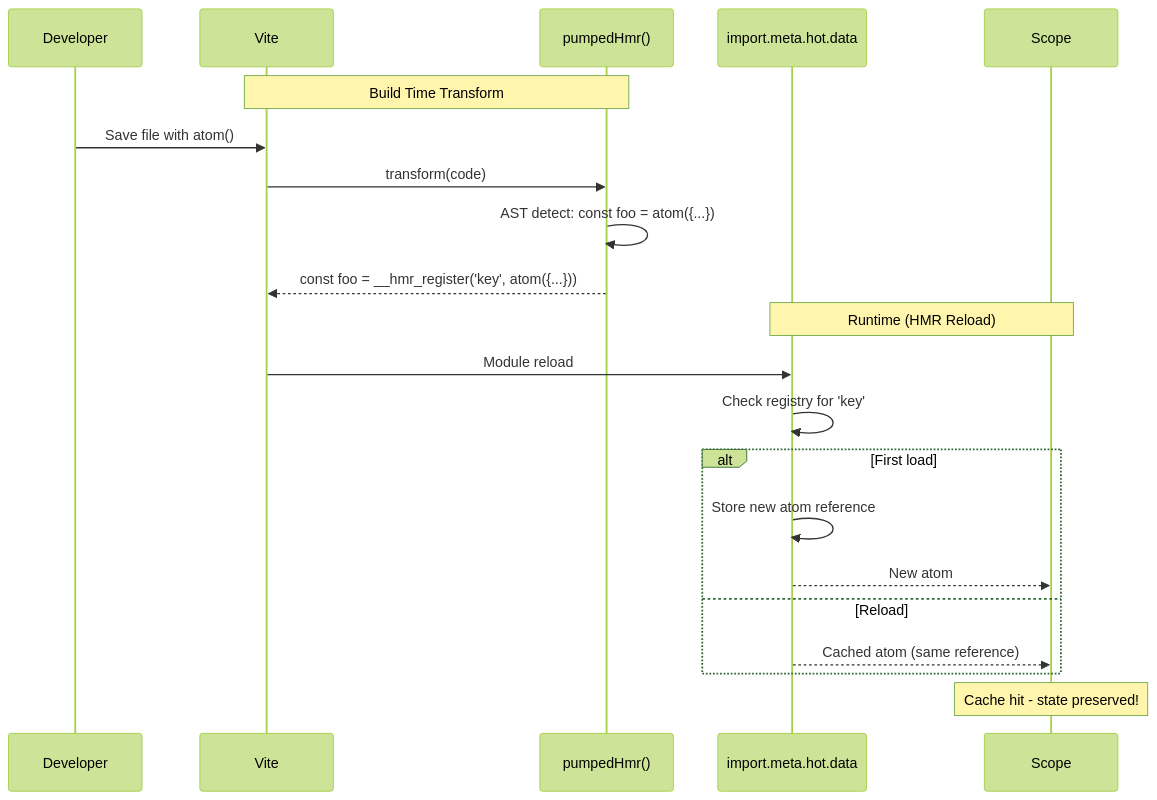
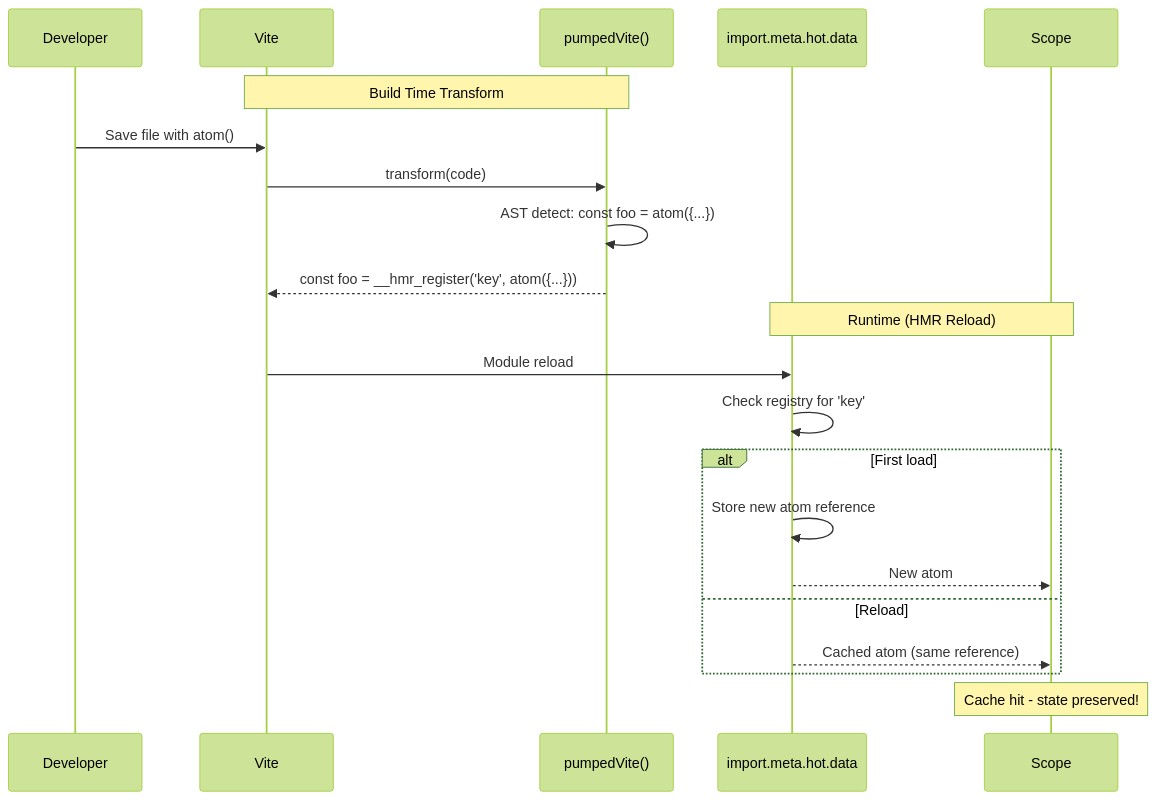
The diagram in pkg/ext/hmr/README.md (pumped-fn/pumped-fn), drawn with Mermaid (forest theme) before and after one commit. The commit also changed other lines of this file and 25 other files, not shown here.

Commit message:
Add Vite graph metadata and Start boundary guard

````diff
--- a/pkg/ext/hmr/README.md
+++ b/pkg/ext/hmr/README.md
@@ -9,28 +9,28 @@
 ```mermaid
 sequenceDiagram
     participant Dev as Developer
     participant Vite
-    participant Plugin as pumpedHmr()
+    participant Plugin as pumpedVite()
     participant HMR as import.meta.hot.data
     participant Scope
 
     Note over Vite,Plugin: Build Time Transform
 
     Dev->>Vite: Save file with atom()
     Vite->>Plugin: transform(code)
     Plugin->>Plugin: AST detect: const foo = atom({...})
     Plugin-->>Vite: const foo = __hmr_register('key', atom({...}))
 
     Note over HMR,Scope: Runtime (HMR Reload)
 
     Vite->>HMR: Module reload
     HMR->>HMR: Check registry for 'key'
     alt First load
         HMR->>HMR: Store new atom reference
         HMR-->>Scope: New atom
     else Reload
         HMR-->>Scope: Cached atom (same reference)
     end
 
     Note over Scope: Cache hit - state preserved!
 ```
````
